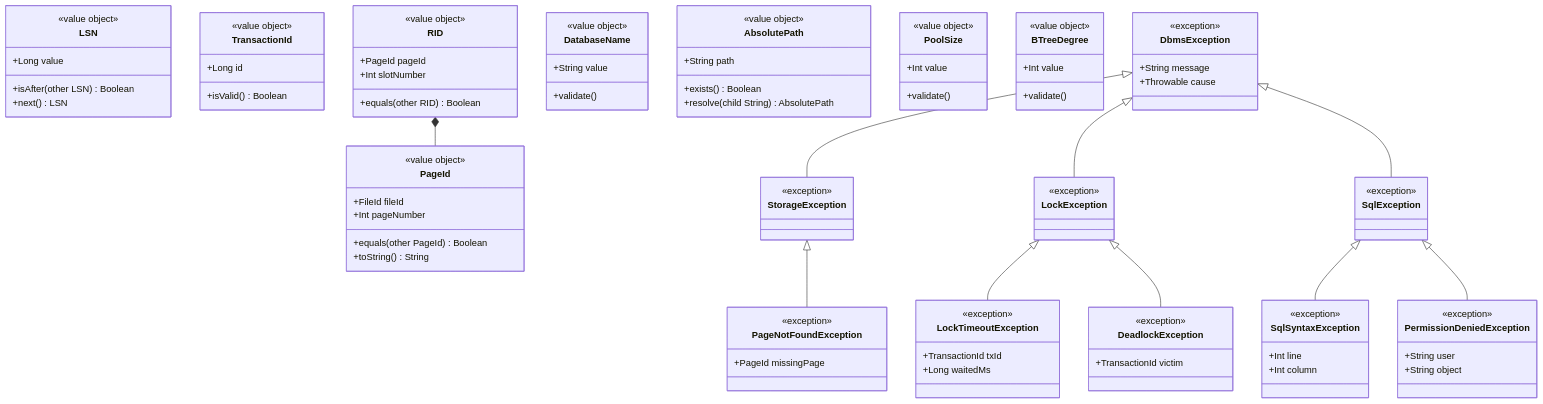
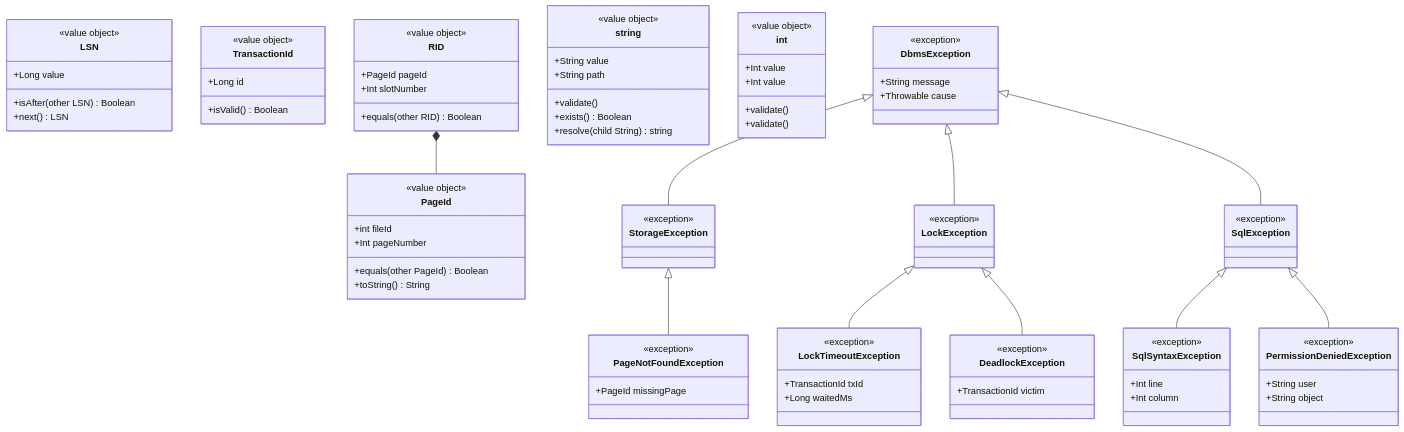
Before and after one commit to Hagiakhanh/bbv-dbms: the second of 10 diagrams in README.md, drawn with Mermaid. The commit also changed other lines of this file and 128 other files, not shown here.

```diff
--- a/README.md
+++ b/README.md
@@ -166,7 +166,7 @@
     %% ── VALUE OBJECTS ──────────────────────────────────────
     class PageId {
         <<value object>>
-        +FileId fileId
+        +int fileId
         +Int pageNumber
         +equals(other PageId) Boolean
         +toString() String
@@ -188,23 +188,23 @@
         +Int slotNumber
         +equals(other RID) Boolean
     }
-    class DatabaseName {
+    class string {
         <<value object>>
         +String value
         +validate()
     }
-    class AbsolutePath {
+    class string {
         <<value object>>
         +String path
         +exists() Boolean
-        +resolve(child String) AbsolutePath
+        +resolve(child String) string
     }
-    class PoolSize {
+    class int {
         <<value object>>
         +Int value
         +validate()
     }
-    class BTreeDegree {
+    class int {
         <<value object>>
         +Int value
         +validate()
```
